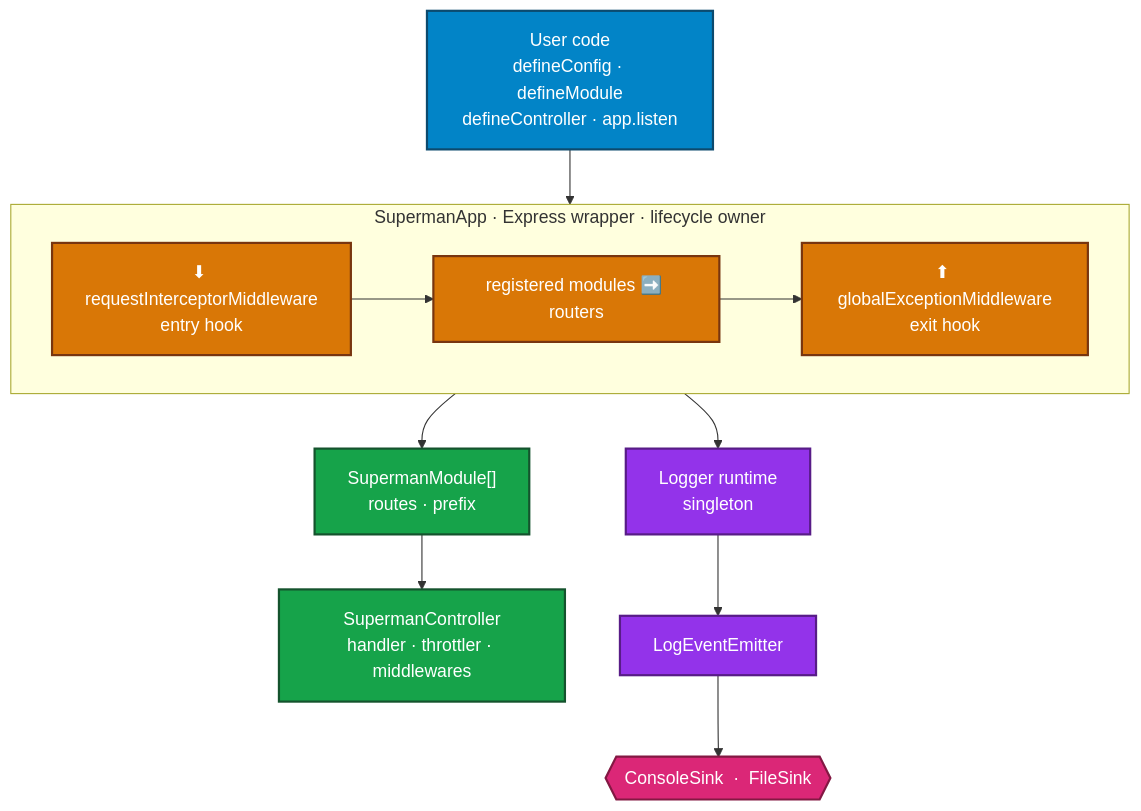
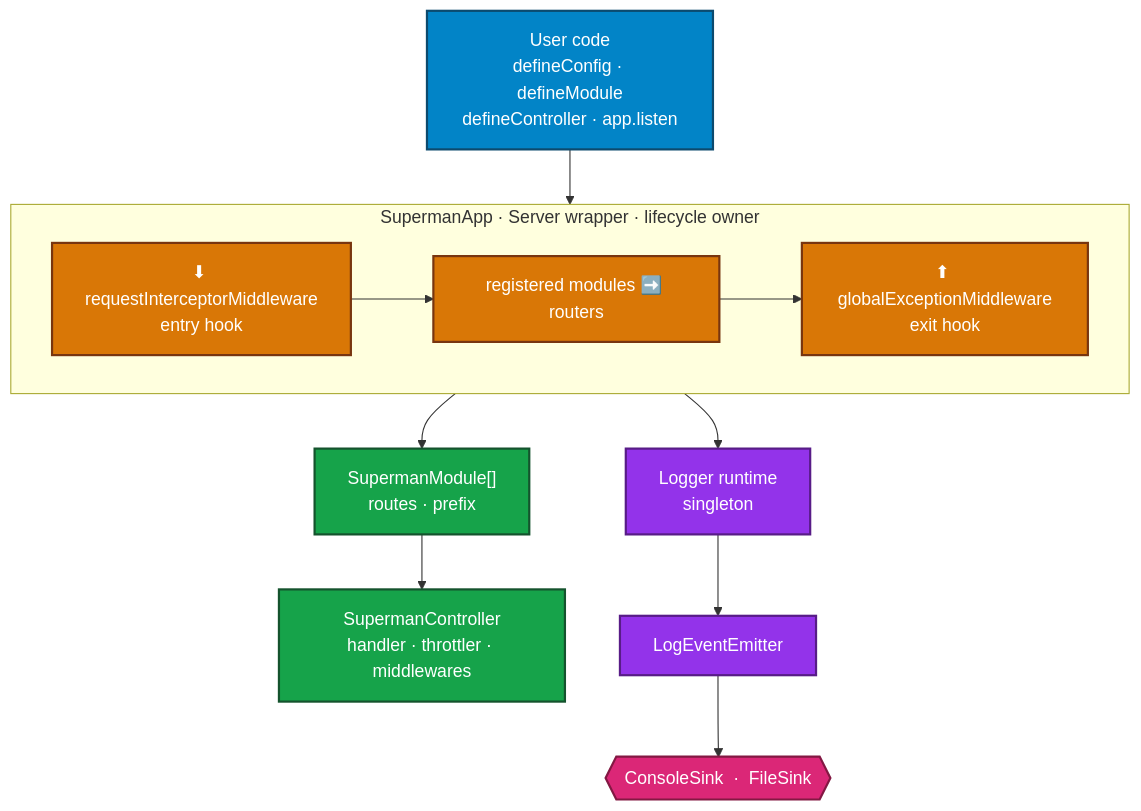
One commit to euFerro/superman changed the first of 4 diagrams in docs/architecture.md. Above: the diagram before and after it, drawn with Mermaid. The commit also changed other lines of this file and 9 other files, not shown here.

````diff
--- a/docs/architecture.md
+++ b/docs/architecture.md
@@ -9,35 +9,35 @@
 ```mermaid
 flowchart TD
     User["User code<br/>defineConfig · defineModule<br/>defineController · app.listen"]
 
-    subgraph App["SupermanApp · Express wrapper · lifecycle owner"]
+    subgraph App["SupermanApp · Server wrapper · lifecycle owner"]
         direction LR
         Entry["⬇ requestInterceptorMiddleware<br/>entry hook"]
         Routes["registered modules ➡️ routers"]
         Exit["⬆ globalExceptionMiddleware<br/>exit hook"]
         Entry --> Routes --> Exit
     end
 
     Modules["SupermanModule[]<br/>routes · prefix"]
     Controller["SupermanController<br/>handler · throttler · middlewares"]
 
     Runtime["Logger runtime<br/>singleton"]
     Emitter["LogEventEmitter"]
     Sinks{{"ConsoleSink &nbsp;·&nbsp; FileSink"}}
 
     User --> App
     App --> Modules --> Controller
     App --> Runtime --> Emitter --> Sinks
 
     classDef user fill:#0284c7,stroke:#0c4a6e,stroke-width:2px,color:#ffffff
     classDef app fill:#d97706,stroke:#78350f,stroke-width:2px,color:#ffffff
     classDef core fill:#16a34a,stroke:#14532d,stroke-width:2px,color:#ffffff
     classDef logger fill:#9333ea,stroke:#581c87,stroke-width:2px,color:#ffffff
     classDef sinks fill:#db2777,stroke:#831843,stroke-width:2px,color:#ffffff
 
     class User user
     class Entry,Routes,Exit app
     class Modules,Controller core
     class Runtime,Emitter logger
     class Sinks sinks
 ```
````
